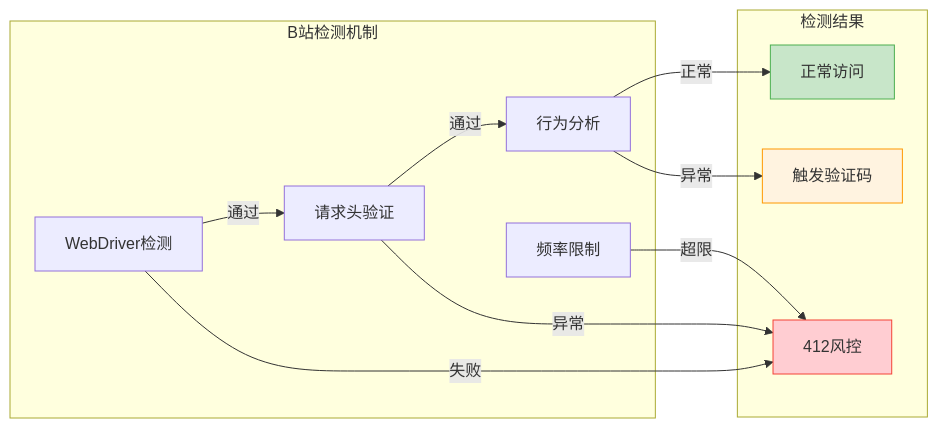
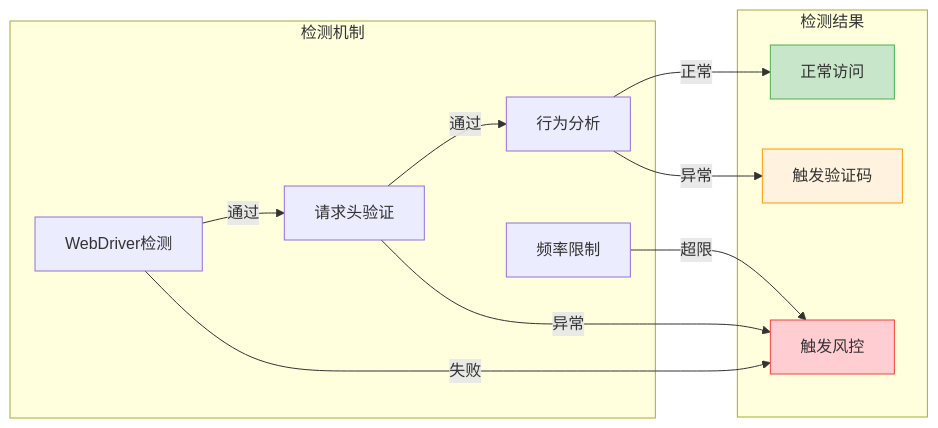
The second of 3 diagrams in docs/爬虫进价/05_Playwright进阶_反检测与性能优化.md (NanmiCoder/CrawlerTutorial), drawn with Mermaid before and after one commit. The commit also changed other lines of this file and 15 other files, not shown here.

````diff
--- a/docs/爬虫进价/05_Playwright进阶_反检测与性能优化.md
+++ b/docs/爬虫进价/05_Playwright进阶_反检测与性能优化.md
@@ -501,27 +501,27 @@
 ```mermaid
 flowchart LR
-    subgraph B站检测机制
+    subgraph 检测机制
         Check1["WebDriver检测"]
         Check2["请求头验证"]
         Check3["行为分析"]
         Check4["频率限制"]
     end
 
     subgraph 检测结果
         Pass["正常访问"]
-        Block412["412风控"]
+        Block["触发风控"]
         Captcha["触发验证码"]
     end
 
     Check1 -->|通过| Check2
-    Check1 -->|失败| Block412
+    Check1 -->|失败| Block
     Check2 -->|通过| Check3
-    Check2 -->|异常| Block412
+    Check2 -->|异常| Block
     Check3 -->|正常| Pass
     Check3 -->|异常| Captcha
-    Check4 -->|超限| Block412
+    Check4 -->|超限| Block
 
     style Pass fill:#c8e6c9,stroke:#4caf50
-    style Block412 fill:#ffcdd2,stroke:#f44336
+    style Block fill:#ffcdd2,stroke:#f44336
     style Captcha fill:#fff3e0,stroke:#ff9800
 ```
````
